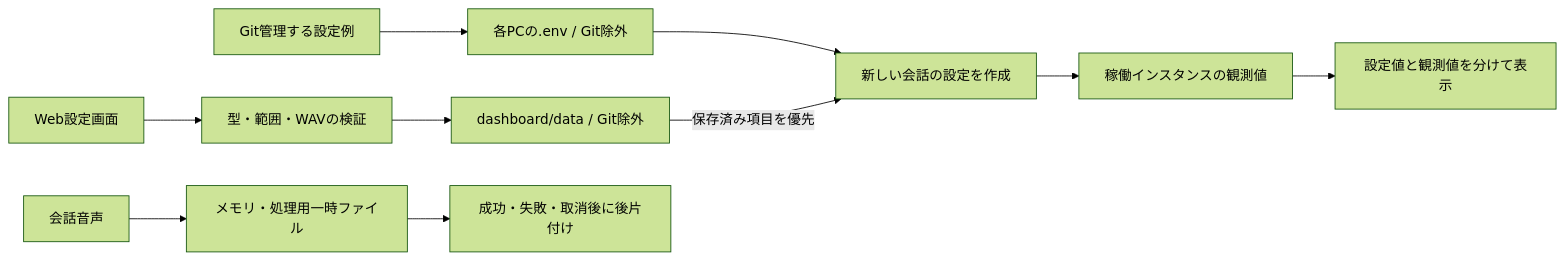
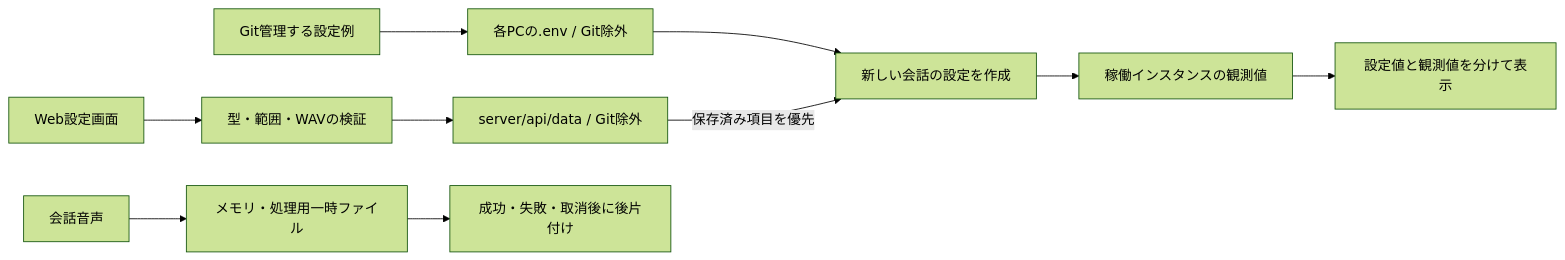
One commit to jphacks/kz_2614 changed the sixth of 7 diagrams in docs/architecture.md. Above: the diagram before and after it, drawn with Mermaid (forest theme). The commit also changed other lines of this file and 68 other files, not shown here.

````diff
--- a/docs/architecture.md
+++ b/docs/architecture.md
@@ -150,12 +153,12 @@
 ```mermaid
 flowchart LR
     Example[Git管理する設定例] --> Local[各PCの.env / Git除外]
     UI[Web設定画面] --> Validate[型・範囲・WAVの検証]
-    Validate --> Data[dashboard/data / Git除外]
+    Validate --> Data[server/api/data / Git除外]
     Local --> New[新しい会話の設定を作成]
     Data -->|保存済み項目を優先| New
     New --> Runtime[稼働インスタンスの観測値]
     Runtime --> View[設定値と観測値を分けて表示]
     Input[会話音声] --> Temp[メモリ・処理用一時ファイル]
     Temp --> Cleanup[成功・失敗・取消後に後片付け]
 ```
````
